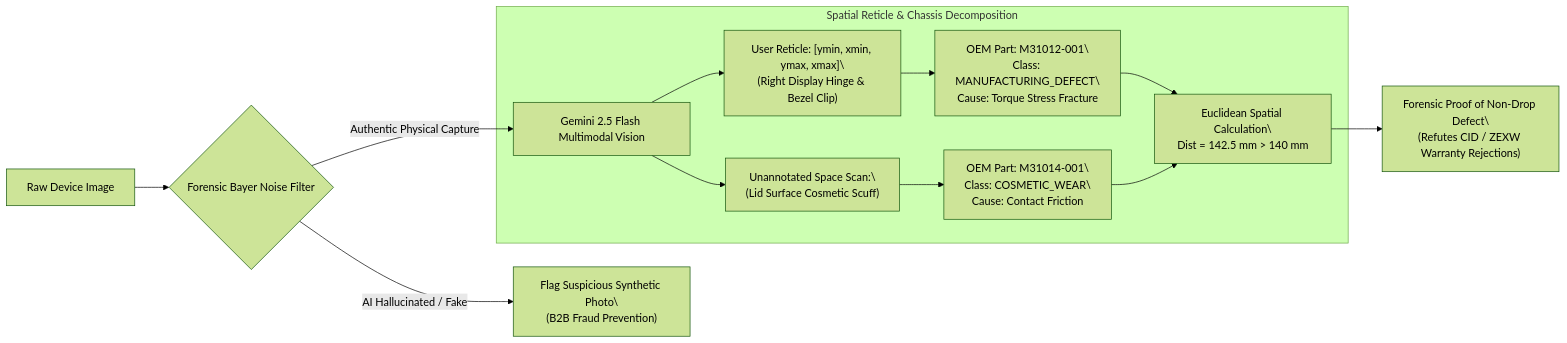
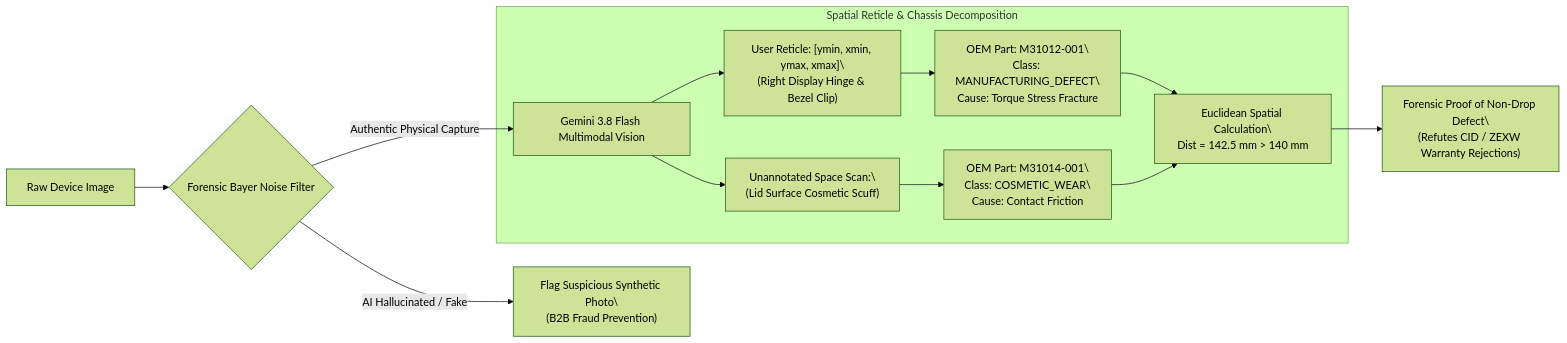
Before and after one commit to commandantekaustav/nyayshied-ai: the third of 10 diagrams in README.md, drawn with Mermaid (forest theme). The commit also changed other lines of this file, not shown here.

Commit message:
docs(readme): fix author name to Kaustav Basu (@commandantekaustav), add live GCP URLs, and update Vertex AI 3.8 architecture

````diff
--- a/README.md
+++ b/README.md
@@ -183,16 +197,16 @@
 ```mermaid
 flowchart LR
     Upload["Raw Device Image"] --> FakeFilter{"Forensic Bayer Noise Filter"}
     FakeFilter -->|"AI Hallucinated / Fake"| RejectFake["Flag Suspicious Synthetic Photo\\n(B2B Fraud Prevention)"]
-    FakeFilter -->|"Authentic Physical Capture"| MultimodalTriage["Gemini 2.5 Flash Multimodal Vision"]
+    FakeFilter -->|"Authentic Physical Capture"| MultimodalTriage["Gemini 3.8 Flash Multimodal Vision"]
 
     subgraph SpatialDecomposition ["Spatial Reticle & Chassis Decomposition"]
         MultimodalTriage --> Box1["User Reticle: [ymin, xmin, ymax, xmax]\\n(Right Display Hinge & Bezel Clip)"]
         MultimodalTriage --> Box2["Unannotated Space Scan:\\n(Lid Surface Cosmetic Scuff)"]
         Box1 --> Part1["OEM Part: M31012-001\\nClass: MANUFACTURING_DEFECT\\nCause: Torque Stress Fracture"]
         Box2 --> Part2["OEM Part: M31014-001\\nClass: COSMETIC_WEAR\\nCause: Contact Friction"]
         Part1 & Part2 --> DistanceCheck["Euclidean Spatial Calculation\\nDist = 142.5 mm > 140 mm"]
     end
 
     DistanceCheck --> EvidenceOutcome["Forensic Proof of Non-Drop Defect\\n(Refutes CID / ZEXW Warranty Rejections)"]
 ```
````
